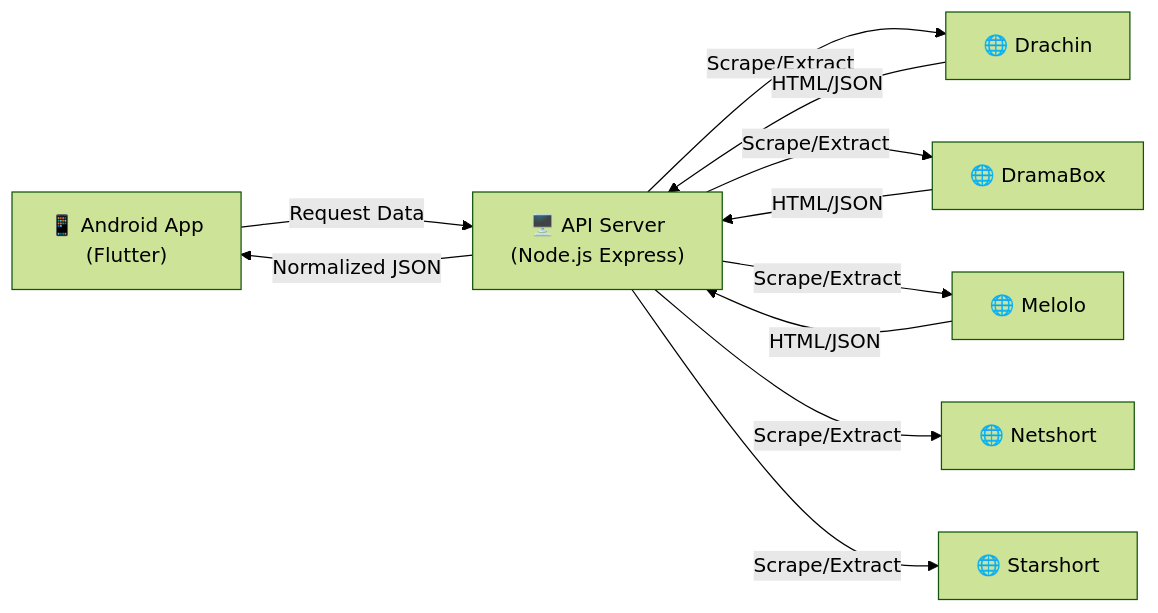
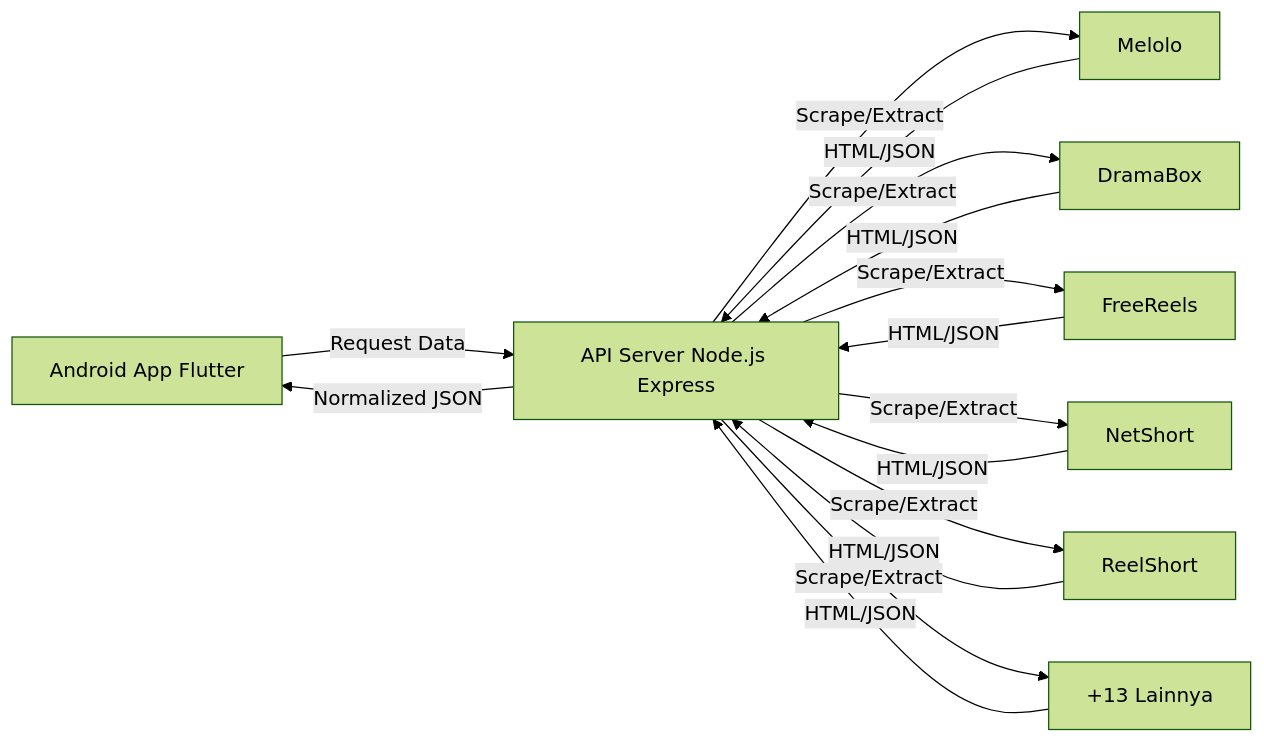
Before and after one commit to irwanx/quickplay-download: the diagram in README.md, drawn with Mermaid (forest theme). The commit also changed other lines of this file, not shown here.

````diff
--- a/README.md
+++ b/README.md
@@ -19,13 +19,17 @@
 ```mermaid
 graph LR
-    User["📱 Android App<br>(Flutter)"] -->|Request Data| API["🖥️ API Server<br>(Node.js Express)"]
-    API -->|Scrape/Extract| Source1["🌐 Drachin"]
-    API -->|Scrape/Extract| Source2["🌐 DramaBox"]
-    API -->|Scrape/Extract| Source3["🌐 Melolo"]
-    API -->|Scrape/Extract| Source4["🌐 Netshort"]
-    API -->|Scrape/Extract| Source5["🌐 Starshort"]
-    Source1 -->|HTML/JSON| API
-    Source2 -->|HTML/JSON| API
-    Source3 -->|HTML/JSON| API
+    User["Android App Flutter"] -->|Request Data| API["API Server Node.js Express"]
+    API -->|Scrape/Extract| P1["Melolo"]
+    API -->|Scrape/Extract| P2["DramaBox"]
+    API -->|Scrape/Extract| P3["FreeReels"]
+    API -->|Scrape/Extract| P4["NetShort"]
+    API -->|Scrape/Extract| P5["ReelShort"]
+    API -->|Scrape/Extract| P6["+13 Lainnya"]
+    P1 -->|HTML/JSON| API
+    P2 -->|HTML/JSON| API
+    P3 -->|HTML/JSON| API
+    P4 -->|HTML/JSON| API
+    P5 -->|HTML/JSON| API
+    P6 -->|HTML/JSON| API
     API -->|Normalized JSON| User
 ```
````
